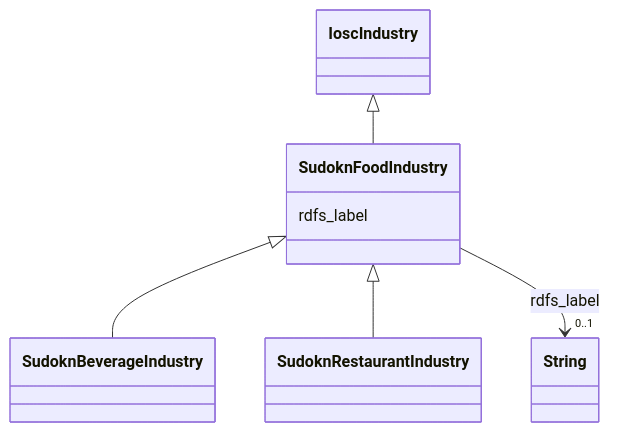
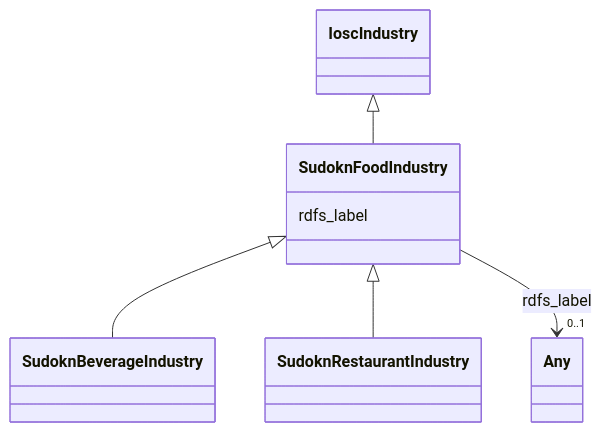
The diagram in sudokn-kg/classes/SudoknFoodIndustry.md (frink-okn/graph-descriptions), drawn with Mermaid before and after one commit. The commit also changed other lines of this file and 903 other files, not shown here.

````diff
--- a/sudokn-kg/classes/SudoknFoodIndustry.md
+++ b/sudokn-kg/classes/SudoknFoodIndustry.md
@@ -23,25 +18,25 @@
 ```mermaid
  classDiagram
     class SudoknFoodIndustry
     click SudoknFoodIndustry href "../SudoknFoodIndustry"
       IoscIndustry <|-- SudoknFoodIndustry
         click IoscIndustry href "../IoscIndustry"
       
 
       SudoknFoodIndustry <|-- SudoknBeverageIndustry
         click SudoknBeverageIndustry href "../SudoknBeverageIndustry"
       SudoknFoodIndustry <|-- SudoknRestaurantIndustry
         click SudoknRestaurantIndustry href "../SudoknRestaurantIndustry"
       
       
       SudoknFoodIndustry : rdfs_label
         
           
     
     
-    SudoknFoodIndustry --> "0..1" String : rdfs_label
-    click String href "../String"
+    SudoknFoodIndustry --> "0..1" Any : rdfs_label
+    click Any href "../Any"
 
         
       
 ```
````
